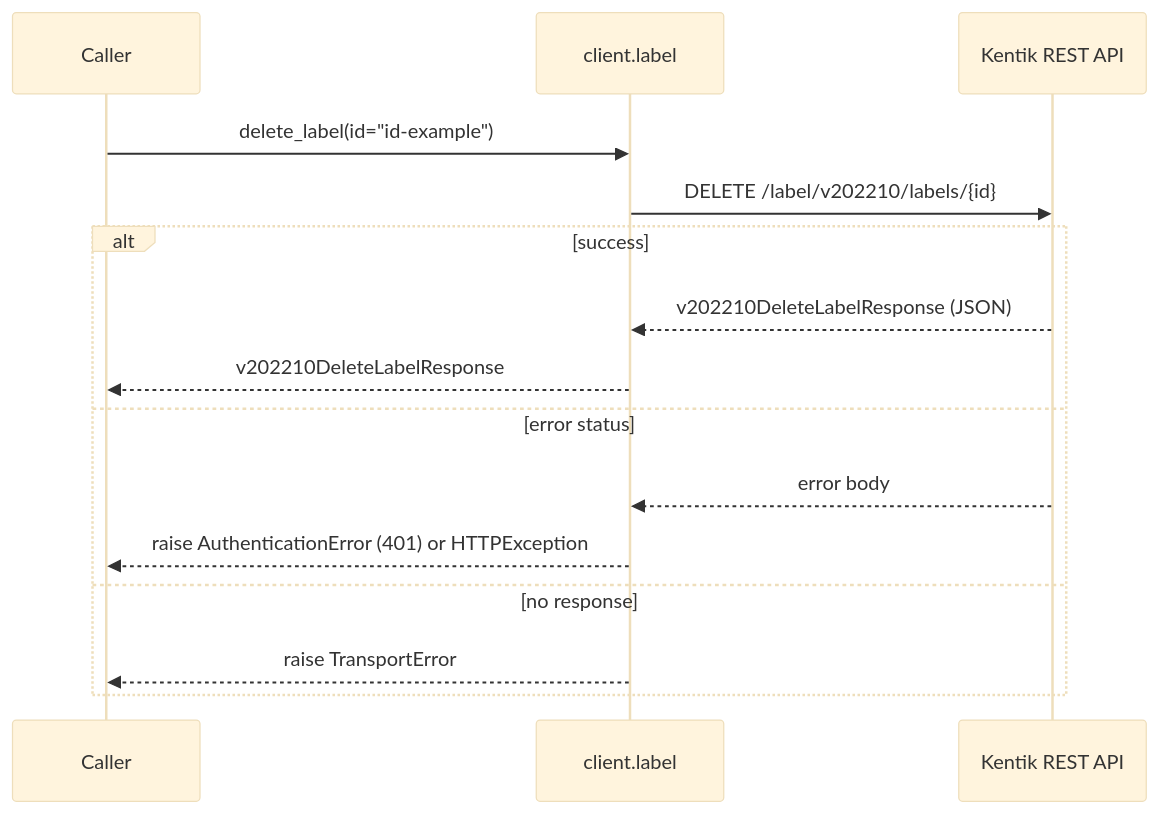
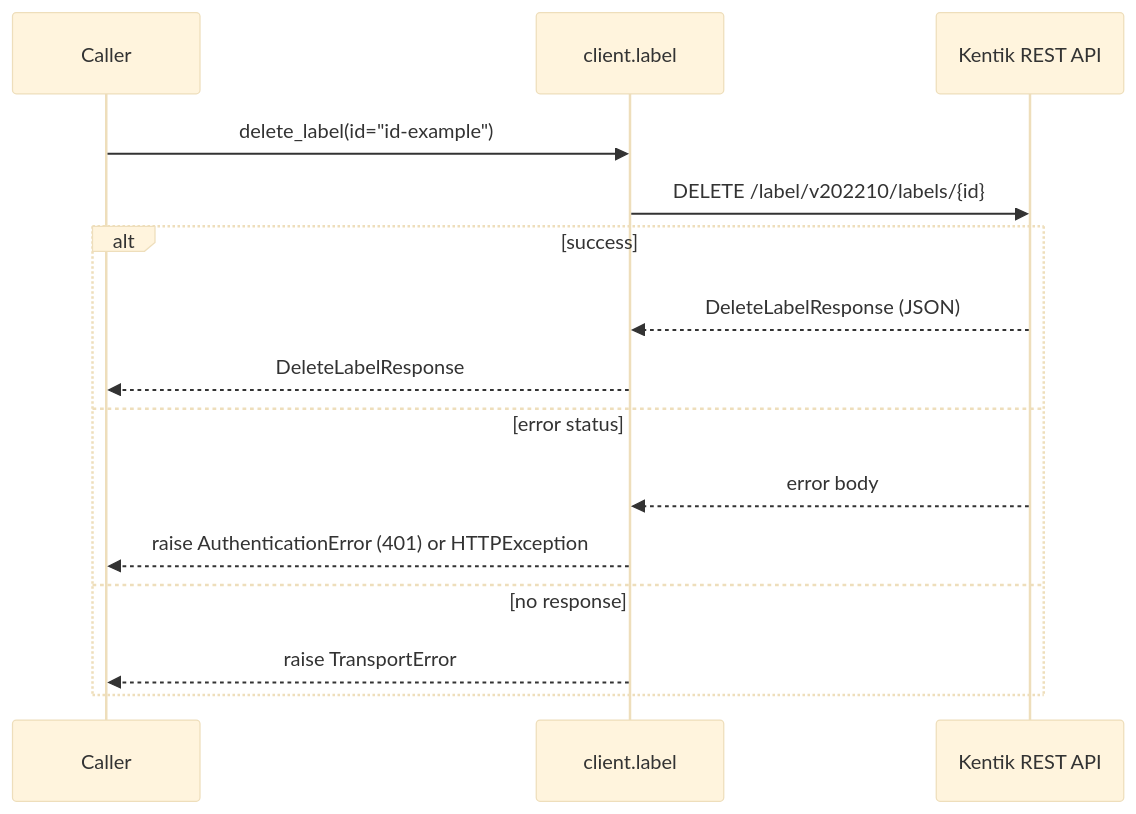
Before and after one commit to alexdearaujo/community_sdk_python: the eighth of 10 diagrams in docs/sphinx/services/label.md, drawn with Mermaid (base theme). The commit also changed other lines of this file and 38 other files, not shown here.

````diff
--- a/docs/sphinx/services/label.md
+++ b/docs/sphinx/services/label.md
@@ -260,18 +260,18 @@
 ```mermaid
 sequenceDiagram
     participant C as Caller
     participant W as client.label
     participant API as Kentik REST API
 
     C->>W: delete_label(id="id-example")
     W->>API: DELETE /label/v202210/labels/{id}
     alt success
-        API-->>W: v202210DeleteLabelResponse (JSON)
-        W-->>C: v202210DeleteLabelResponse
+        API-->>W: DeleteLabelResponse (JSON)
+        W-->>C: DeleteLabelResponse
     else error status
         API-->>W: error body
         W-->>C: raise AuthenticationError (401) or HTTPException
     else no response
         W-->>C: raise TransportError
     end
 ```
````
